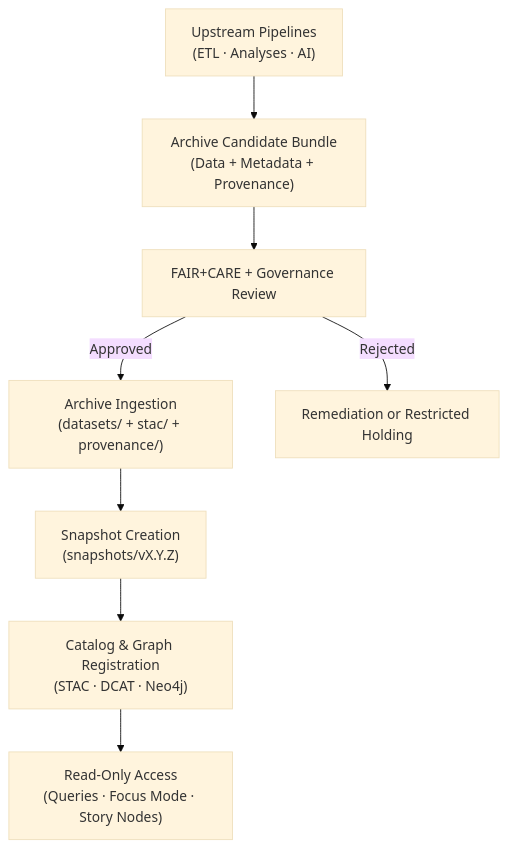
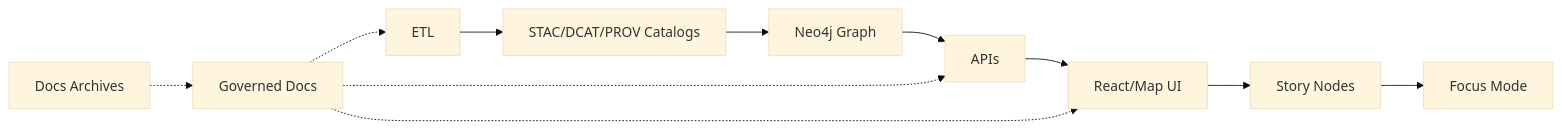
The diagram in docs/archives/README.md (bartytime4life/Kansas-Frontier-Matrix), drawn with Mermaid (base theme) before and after one commit. The commit also changed other lines of this file, not shown here.

```diff
--- a/docs/archives/README.md
+++ b/docs/archives/README.md
@@ -290,11 +135,14 @@
 ~~~mermaid
-flowchart TD
-  A["Upstream Pipelines<br/>(ETL · Analyses · AI)"]
-    --> B["Archive Candidate Bundle<br/>(Data + Metadata + Provenance)"]
-  B --> C["FAIR+CARE + Governance Review"]
-  C -->|Approved| D["Archive Ingestion<br/>(datasets/ + stac/ + provenance/)"]
-  D --> E["Snapshot Creation<br/>(snapshots/vX.Y.Z)"]
-  E --> F["Catalog & Graph Registration<br/>(STAC · DCAT · Neo4j)"]
-  F --> G["Read-Only Access<br/>(Queries · Focus Mode · Story Nodes)"]
-  C -->|Rejected| H["Remediation or Restricted Holding"]
+flowchart LR
+  A[ETL] --> B[STAC/DCAT/PROV Catalogs]
+  B --> C[Neo4j Graph]
+  C --> D[APIs]
+  D --> E[React/Map UI]
+  E --> F[Story Nodes]
+  F --> G[Focus Mode]
+
+  H[Governed Docs] -.-> A
+  H -.-> D
+  H -.-> E
+  I[Docs Archives] -.-> H
 ~~~
```
